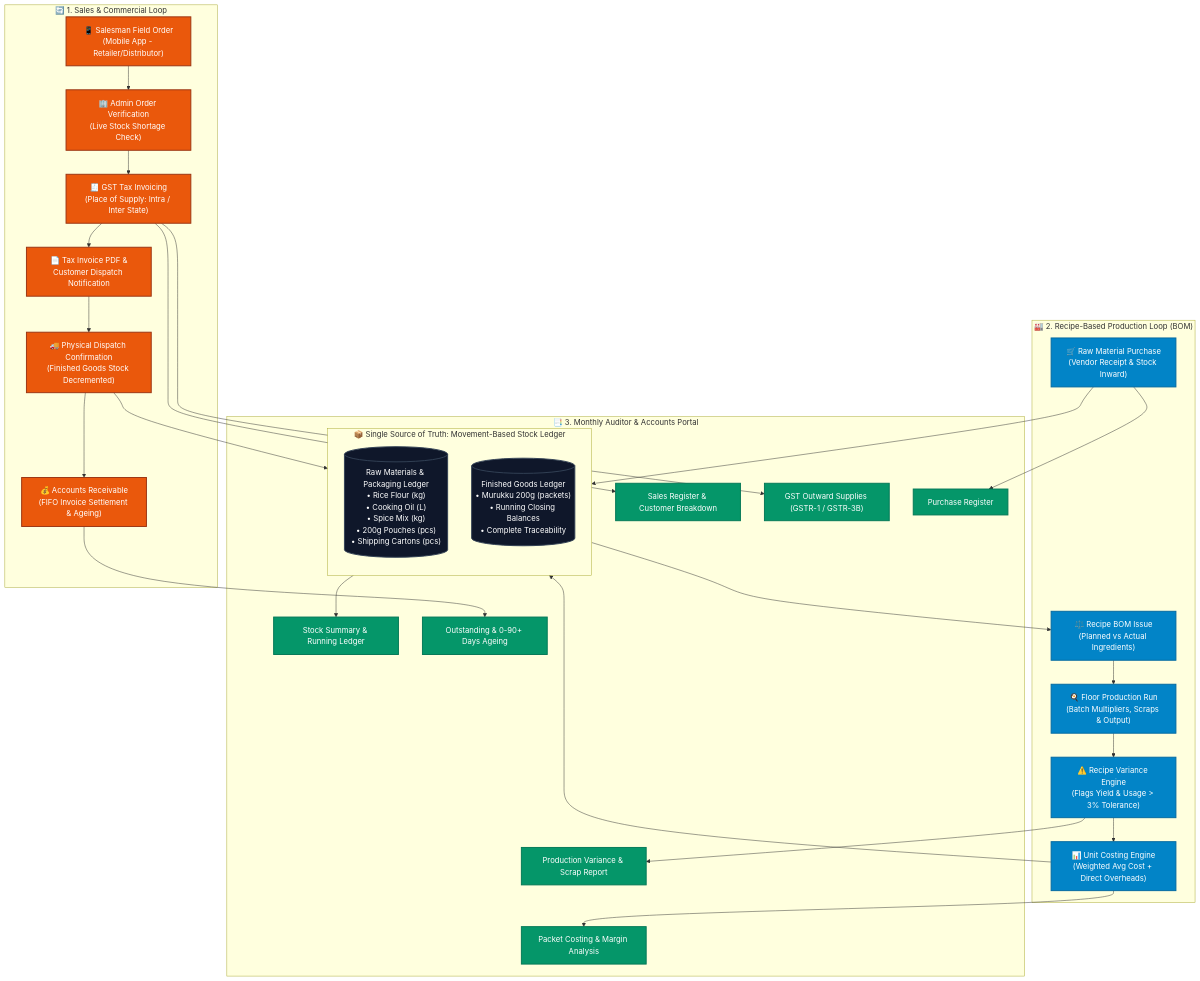
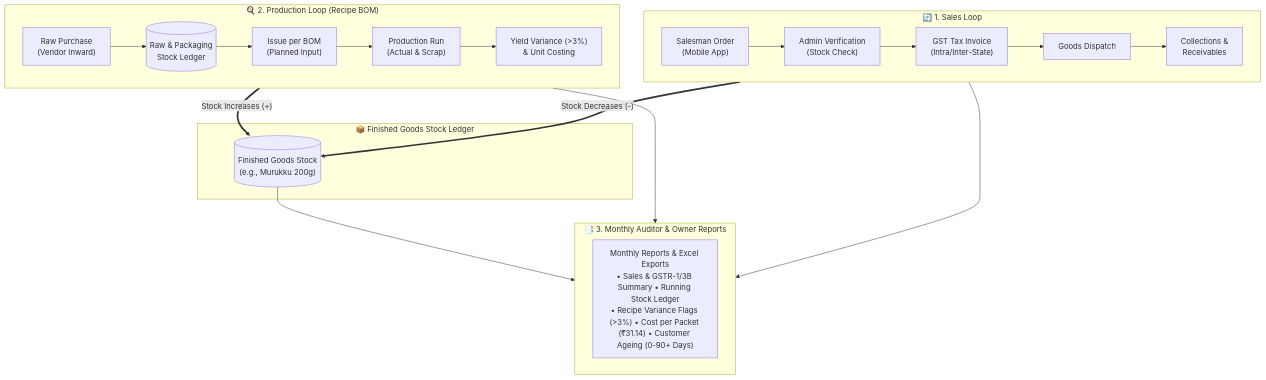
The diagram in README.md (shreedharkb/order-to-audit), drawn with Mermaid before and after one commit. The commit also changed other lines of this file and 1 other file, not shown here.

Commit message:
docs: simplify architecture to a single clean, readable 2-loop Mermaid diagram

````diff
--- a/README.md
+++ b/README.md
@@ -30,47 +28,33 @@
 ```mermaid
 flowchart TD
-    subgraph SALES_LOOP["🔄 1. Sales & Commercial Loop"]
-        SO["📱 Salesman Field Order\n(Mobile App - Retailer/Distributor)"] --> AV["🏢 Admin Order Verification\n(Live Stock Shortage Check)"]
-        AV --> GI["🧾 GST Tax Invoicing\n(Place of Supply: Intra / Inter State)"]
-        GI --> PDF["📄 Tax Invoice PDF &\nCustomer Dispatch Notification"]
-        PDF --> DISP["🚚 Physical Dispatch Confirmation\n(Finished Goods Stock Decremented)"]
-        DISP --> AR["💰 Accounts Receivable\n(FIFO Invoice Settlement & Ageing)"]
+    subgraph SALES["🔄 1. Sales Loop"]
+        direction LR
+        SO["Salesman Order\n(Mobile App)"] --> AV["Admin Verification\n(Stock Check)"]
+        AV --> GI["GST Tax Invoice\n(Intra/Inter-State)"]
+        GI --> DISP["Goods Dispatch"]
+        DISP --> REC["Collections &\nReceivables"]
     end
 
-    subgraph STOCK_LEDGER["📦 Single Source of Truth: Movement-Based Stock Ledger"]
-        direction TB
-        RMS[("Raw Materials & Packaging Ledger\n• Rice Flour (kg)\n• Cooking Oil (L)\n• Spice Mix (kg)\n• 200g Pouches (pcs)\n• Shipping Cartons (pcs)")]
-        FGS[("Finished Goods Ledger\n• Murukku 200g (packets)\n• Running Closing Balances\n• Complete Traceability")]
+    subgraph PROD["🍳 2. Production Loop (Recipe BOM)"]
+        direction LR
+        PO["Raw Purchase\n(Vendor Inward)"] --> RMS[("Raw & Packaging\nStock Ledger")]
+        RMS --> BOM["Issue per BOM\n(Planned Input)"]
+        BOM --> RUN["Production Run\n(Actual & Scrap)"]
+        RUN --> VAR["Yield Variance (>3%)\n& Unit Costing"]
     end
 
-    subgraph PROD_LOOP["🏭 2. Recipe-Based Production Loop (BOM)"]
-        PURCH["🛒 Raw Material Purchase\n(Vendor Receipt & Stock Inward)"] --> RMS
-        RMS --> ISSUE["⚖️ Recipe BOM Issue\n(Planned vs Actual Ingredients)"]
-        ISSUE --> BATCH["🍳 Floor Production Run\n(Batch Multipliers, Scraps & Output)"]
-        BATCH --> VAR["⚠️ Recipe Variance Engine\n(Flags Yield & Usage > 3% Tolerance)"]
-        VAR --> COST["📊 Unit Costing Engine\n(Weighted Avg Cost + Direct Overheads)"]
-        COST --> FGS
+    subgraph JUNCTION["📦 Finished Goods Stock Ledger"]
+        FGS[("Finished Goods Stock\n(e.g., Murukku 200g)")]
     end
 
-    DISP --> FGS
-
-    subgraph AUDIT_REPORTS["📑 3. Monthly Auditor & Accounts Portal"]
-        GI --> REP1["Sales Register & Customer Breakdown"]
-        GI --> REP2["GST Outward Supplies (GSTR-1 / GSTR-3B)"]
-        PURCH --> REP3["Purchase Register"]
-        STOCK_LEDGER --> REP4["Stock Summary & Running Ledger"]
-        VAR --> REP5["Production Variance & Scrap Report"]
-        COST --> REP6["Packet Costing & Margin Analysis"]
-        AR --> REP7["Outstanding & 0-90+ Days Ageing"]
+    subgraph AUDIT["📑 3. Monthly Auditor & Owner Reports"]
+        REP["Monthly Reports & Excel Exports\n• Sales & GSTR-1/3B Summary • Running Stock Ledger\n• Recipe Variance Flags (>3%) • Cost per Packet (₹31.14) • Customer Ageing (0-90+ Days)"]
     end
 
-    classDef primary fill:#ea580c,stroke:#9a3412,stroke-width:2px,color:#fff;
-    classDef secondary fill:#0284c7,stroke:#0369a1,stroke-width:2px,color:#fff;
-    classDef ledger fill:#0f172a,stroke:#334155,stroke-width:2px,color:#fff;
-    classDef audit fill:#059669,stroke:#047857,stroke-width:2px,color:#fff;
+    DISP ==>|"Stock Decreases (-)"| FGS
+    VAR ==>|"Stock Increases (+)"| FGS
 
-    class SO,AV,GI,PDF,DISP,AR primary;
-    class PURCH,ISSUE,BATCH,VAR,COST secondary;
-    class RMS,FGS ledger;
-    class REP1,REP2,REP3,REP4,REP5,REP6,REP7 audit;
+    FGS --> AUDIT
+    REC --> AUDIT
+    VAR --> AUDIT
 ```
````
